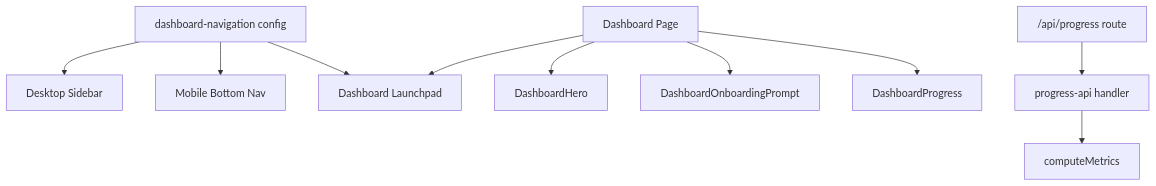
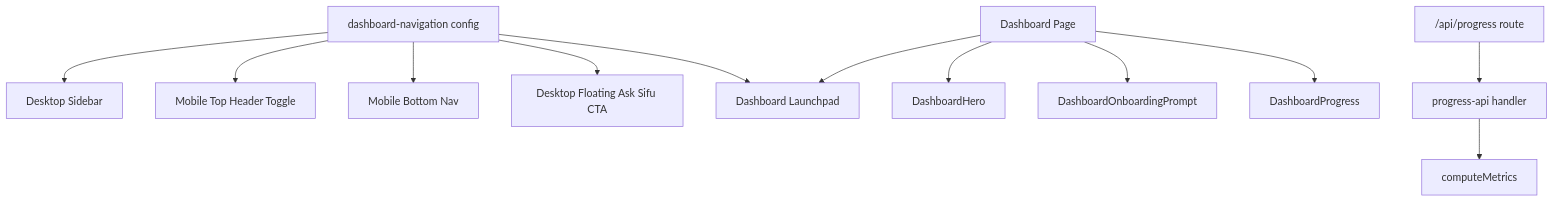
Before and after one commit to seintun/sifu_quest: the diagram in docs/project/dashboard-simplification-mobile-nav-pr.md, drawn with Mermaid. The commit also changed other lines of this file and 1 other file, not shown here.

````diff
--- a/docs/project/dashboard-simplification-mobile-nav-pr.md
+++ b/docs/project/dashboard-simplification-mobile-nav-pr.md
@@ -80,12 +94,14 @@
 ```mermaid
 flowchart TD
   NAV["dashboard-navigation config"] --> SIDEBAR["Desktop Sidebar"]
+  NAV --> TOP["Mobile Top Header Toggle"]
   NAV --> BOTTOM["Mobile Bottom Nav"]
+  NAV --> FLOAT["Desktop Floating Ask Sifu CTA"]
   NAV --> LAUNCH["Dashboard Launchpad"]
   DASH["Dashboard Page"] --> HERO["DashboardHero"]
   DASH --> PROMPT["DashboardOnboardingPrompt"]
   DASH --> PROGRESS["DashboardProgress"]
   DASH --> LAUNCH
   API["/api/progress route"] --> HANDLER["progress-api handler"]
   HANDLER --> METRICS["computeMetrics"]
 ```
````
